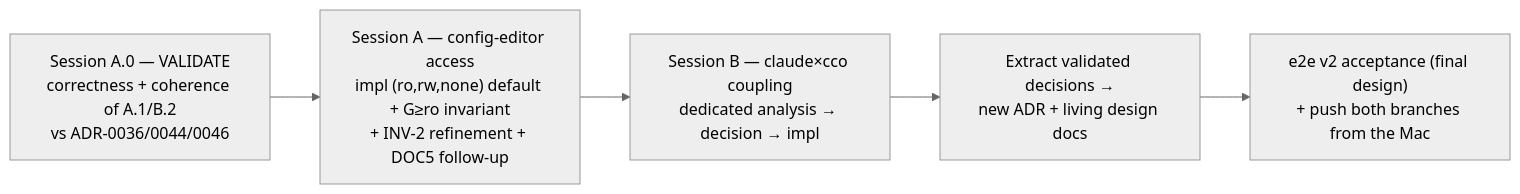
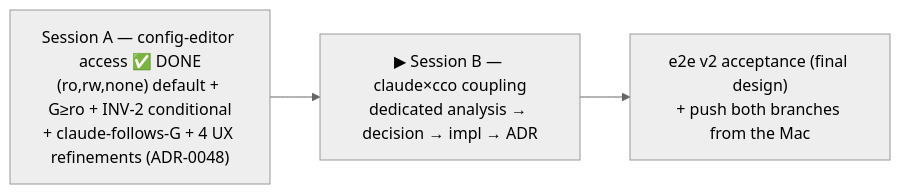
Before and after one commit to alergyonthestage/claude-orchestrator: the second of 2 diagrams in docs/maintainers/configuration/agent-cco-access/access-refinements/handoff.md, drawn with Mermaid (neutral theme). The commit also changed other lines of this file and 1 other file, not shown here.

First line of the commit message:
docs(roadmap,handoff): WS-A shipped + live; hand off to Session B (WS-B)

````diff
--- a/docs/maintainers/configuration/agent-cco-access/access-refinements/handoff.md
+++ b/docs/maintainers/configuration/agent-cco-access/access-refinements/handoff.md
@@ -176,7 +182,5 @@
 ```mermaid
 flowchart LR
-  V["Session A.0 — VALIDATE<br/>correctness + coherence of A.1/B.2<br/>vs ADR-0036/0044/0046"] --> A["Session A — config-editor access<br/>impl (ro,rw,none) default + G≥ro invariant<br/>+ INV-2 refinement + DOC5 follow-up"]
-  A --> B["Session B — claude×cco coupling<br/>dedicated analysis → decision → impl"]
-  B --> ADR["Extract validated decisions →<br/>new ADR + living design docs"]
-  ADR --> E2E["e2e v2 acceptance (final design)<br/>+ push both branches from the Mac"]
+  A["Session A — config-editor access ✅ DONE<br/>(ro,rw,none) default + G≥ro + INV-2 conditional<br/>+ claude-follows-G + 4 UX refinements (ADR-0048)"] --> B["▶ Session B — claude×cco coupling<br/>dedicated analysis → decision → impl → ADR"]
+  B --> E2E["e2e v2 acceptance (final design)<br/>+ push both branches from the Mac"]
 ```
````
